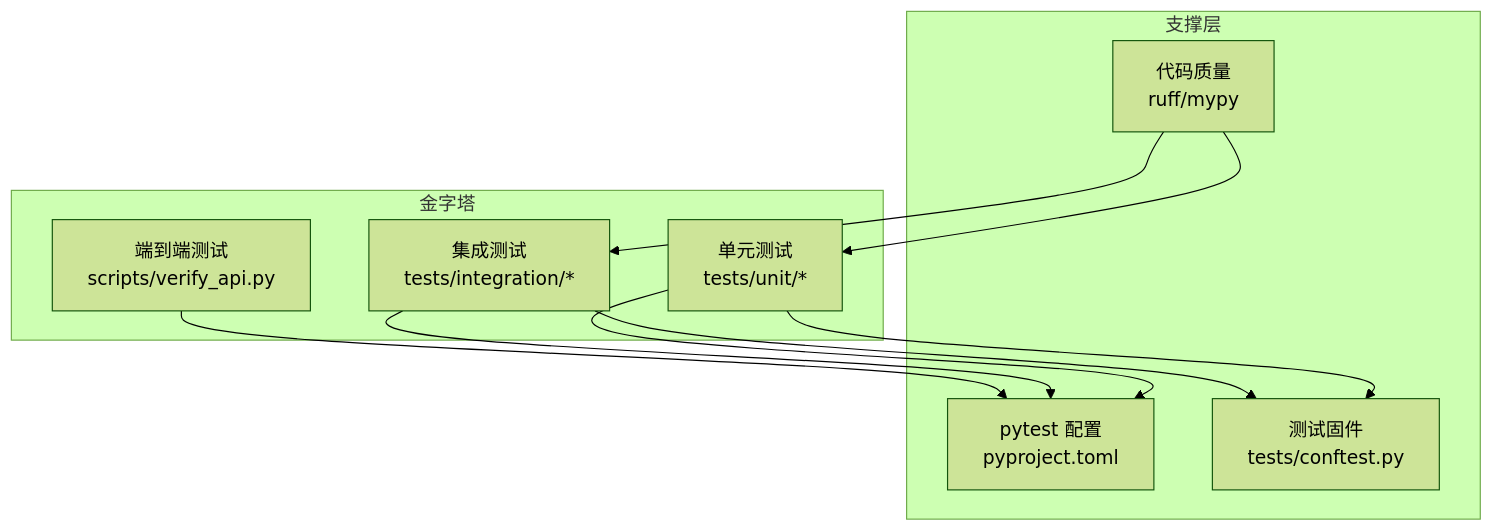
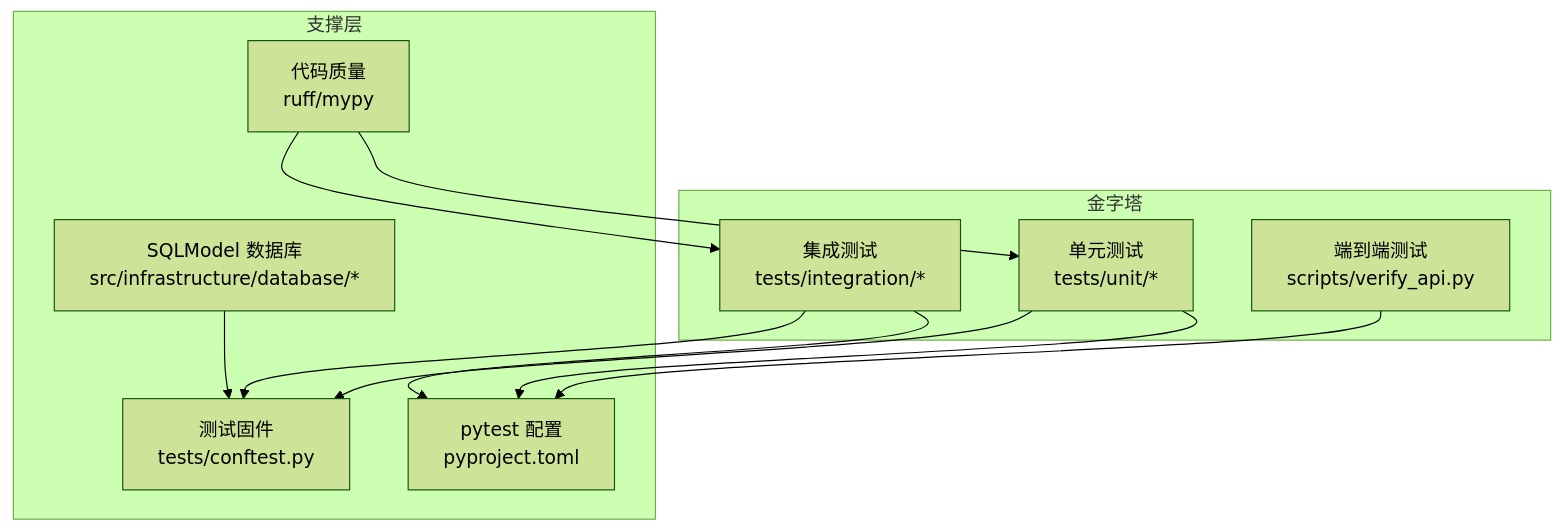
The second of 6 diagrams in .qoder/repowiki/zh/content/测试策略/测试策略.md (taoweidong/Hello-FastApi), drawn with Mermaid (forest theme) before and after one commit. The commit also changed other lines of this file and 11 other files, not shown here.

````diff
--- a/.qoder/repowiki/zh/content/测试策略/测试策略.md
+++ b/.qoder/repowiki/zh/content/测试策略/测试策略.md
@@ -105,20 +110,22 @@
 ```mermaid
 graph TB
 subgraph "金字塔"
 A["单元测试<br/>tests/unit/*"]
 B["集成测试<br/>tests/integration/*"]
 C["端到端测试<br/>scripts/verify_api.py"]
 end
 subgraph "支撑层"
 T["pytest 配置<br/>pyproject.toml"]
 F["测试固件<br/>tests/conftest.py"]
 Q["代码质量<br/>ruff/mypy"]
+S["SQLModel 数据库<br/>src/infrastructure/database/*"]
 end
 A --> T
 B --> T
 C --> T
 A --> F
 B --> F
 Q --> A
 Q --> B
+S --> F
 ```
````
